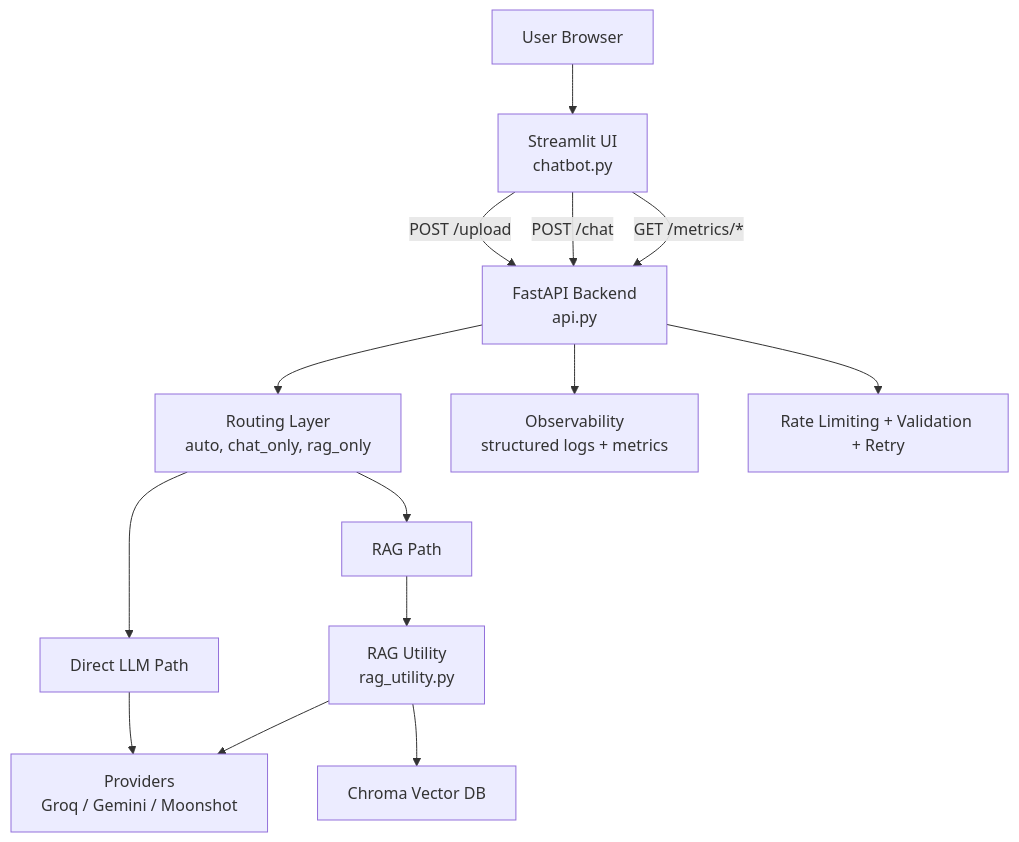
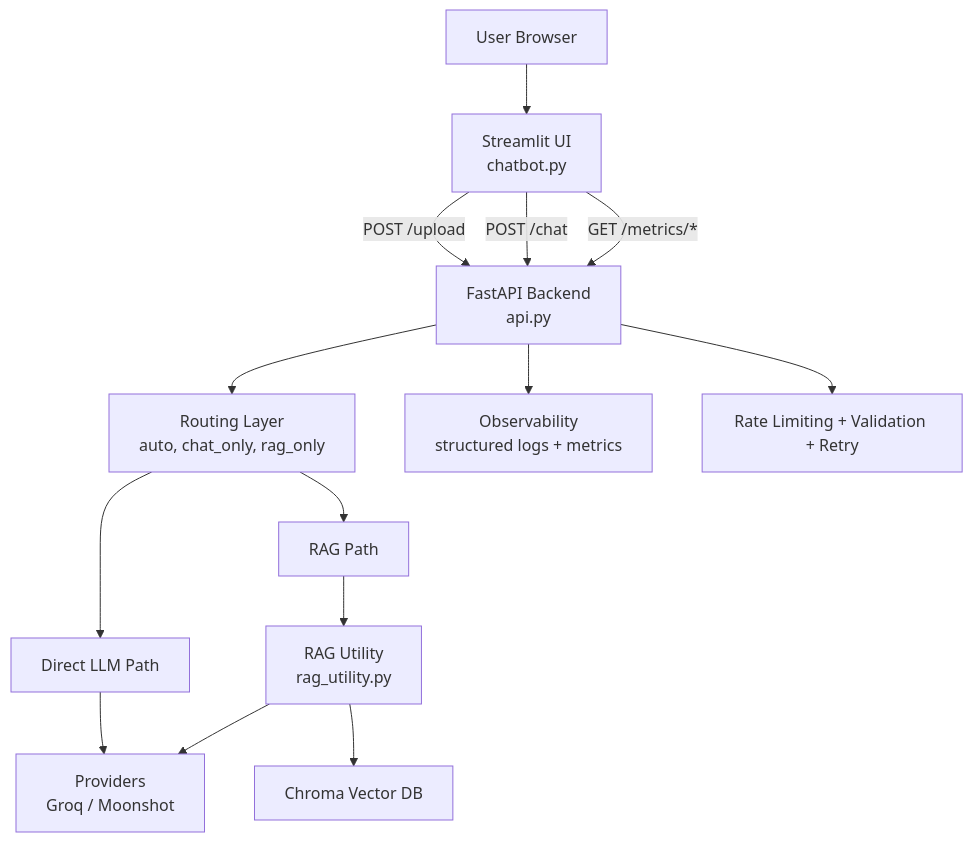
One commit to pranjal-pr/Study-GPT changed the diagram in README.md. Above: the diagram before and after it, drawn with Mermaid. The commit also changed other lines of this file and 9 other files, not shown here.

````diff
--- a/README.md
+++ b/README.md
@@ -47,19 +47,19 @@
 ```mermaid
 flowchart TD
     A[User Browser] --> B[Streamlit UI<br/>chatbot.py]
     B -->|POST /upload| C[FastAPI Backend<br/>api.py]
     B -->|POST /chat| C
     B -->|GET /metrics/*| C
 
     C --> D[Routing Layer<br/>auto, chat_only, rag_only]
     D --> E[Direct LLM Path]
     D --> F[RAG Path]
 
-    E --> G[Providers<br/>Groq / Gemini / Moonshot]
+    E --> G[Providers<br/>Groq / Moonshot]
     F --> H[RAG Utility<br/>rag_utility.py]
     H --> I[Chroma Vector DB]
     H --> G
 
     C --> J[Observability<br/>structured logs + metrics]
     C --> K[Rate Limiting + Validation + Retry]
 ```
````
